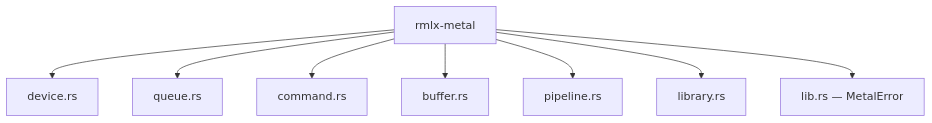
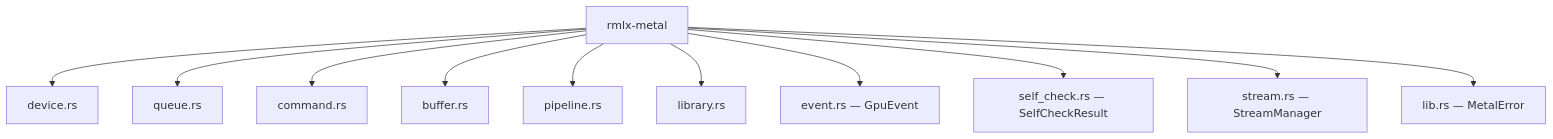
One commit to 0xDaizz/RMLX changed the first of 3 diagrams in docs/crates/rmlx-metal.md. Above: the diagram before and after it, drawn with Mermaid. The commit also changed other lines of this file and 11 other files, not shown here.

````diff
--- a/docs/crates/rmlx-metal.md
+++ b/docs/crates/rmlx-metal.md
@@ -13,10 +13,13 @@
 ```mermaid
 graph TD
     A[rmlx-metal] --> B[device.rs]
     A --> C[queue.rs]
     A --> D[command.rs]
     A --> E[buffer.rs]
     A --> F[pipeline.rs]
     A --> G[library.rs]
-    A --> H[lib.rs — MetalError]
+    A --> H[event.rs — GpuEvent]
+    A --> I[self_check.rs — SelfCheckResult]
+    A --> J[stream.rs — StreamManager]
+    A --> K[lib.rs — MetalError]
 ```
````
